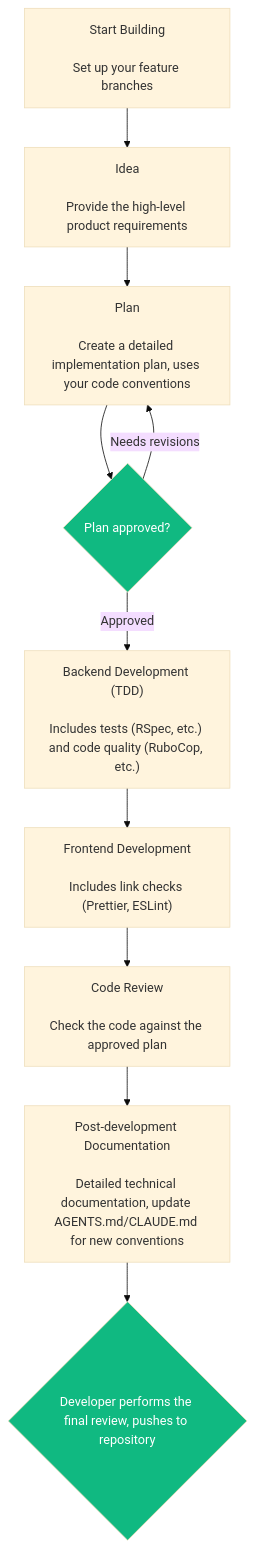
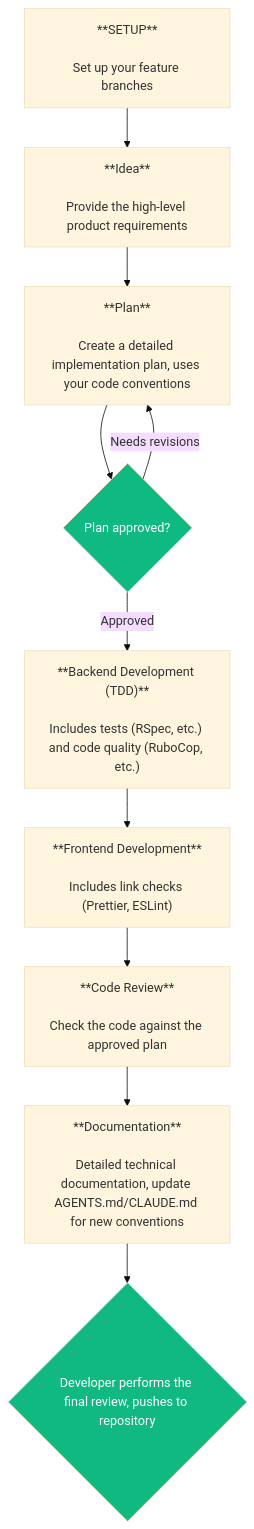
Before and after one commit to marvs/kantan-dev: the diagram in README.md, drawn with Mermaid (base theme). The commit also changed other lines of this file, not shown here.

````diff
--- a/README.md
+++ b/README.md
@@ -5,14 +5,14 @@
 ```mermaid
 flowchart TD
-    A["Start Building<br/><br/>Set up your feature branches"] --> B["Idea<br/><br/>Provide the high-level product requirements"]
-    B --> C["Plan<br/><br/>Create a detailed implementation plan, uses your code conventions"]
+    A["**SETUP**<br/><br/>Set up your feature branches"] --> B["**Idea**<br/><br/>Provide the high-level product requirements"]
+    B --> C["**Plan**<br/><br/>Create a detailed implementation plan, uses your code conventions"]
     C --> G1{"Plan approved?"}
     G1 -->|Needs revisions| C
-    G1 -->|Approved| D["Backend Development (TDD)<br/><br/>Includes tests (RSpec, etc.) and code quality (RuboCop, etc.)"]
-    D --> E["Frontend Development<br/><br/>Includes link checks (Prettier, ESLint)"]
-    E --> R["Code Review<br/><br/>Check the code against the approved plan"]
-    R --> F["Post-development Documentation<br/><br/>Detailed technical documentation, update AGENTS.md/CLAUDE.md for new conventions"]
+    G1 -->|Approved| D["**Backend Development (TDD)**<br/><br/>Includes tests (RSpec, etc.) and code quality (RuboCop, etc.)"]
+    D --> E["**Frontend Development**<br/><br/>Includes link checks (Prettier, ESLint)"]
+    E --> R["**Code Review**<br/><br/>Check the code against the approved plan"]
+    R --> F["**Documentation**<br/><br/>Detailed technical documentation, update AGENTS.md/CLAUDE.md for new conventions"]
     F --> G2{"Developer performs the final review, pushes to repository"}
     style G1 fill:#10B981,color:#fff
     style G2 fill:#10B981,color:#fff
 ```
````
